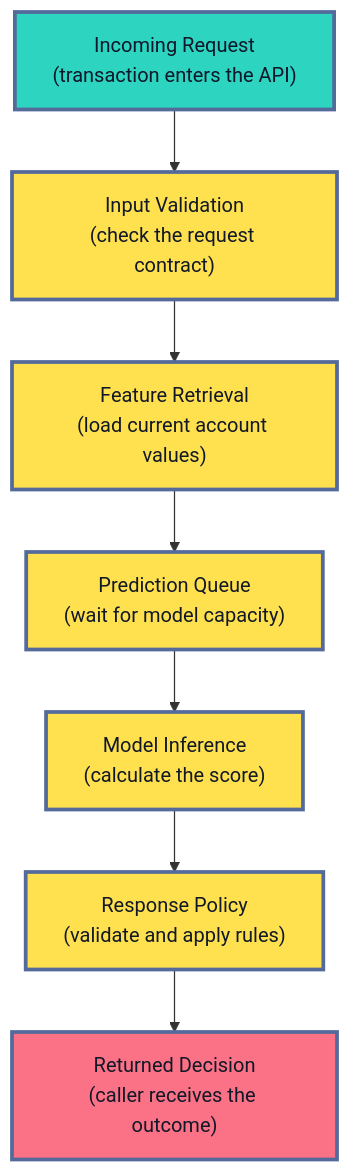
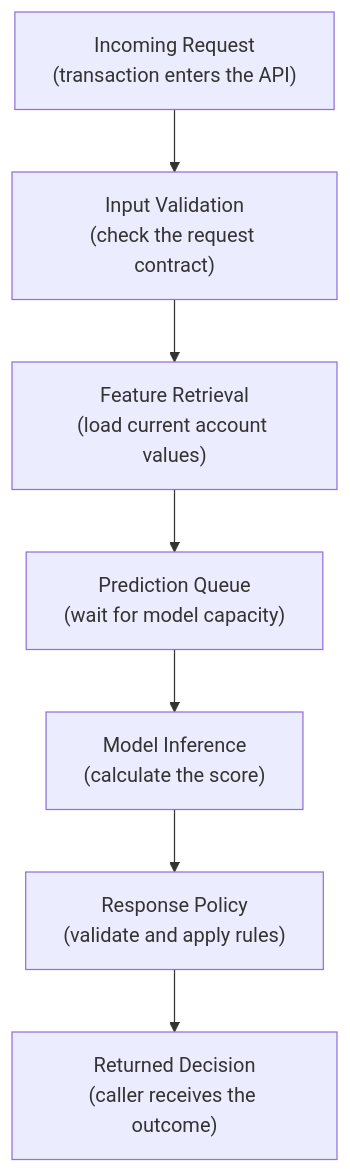
One commit to senlinyy/dev-roadmaps changed the first of 11 diagrams in roadmaps/mlops/modules/monitoring-and-feedback/system-observability/01-monitoring-latency-errors-resources.md. Above: the diagram before and after it, drawn with Mermaid. The commit also changed other lines of this file and 152 other files, not shown here.

Commit message:
feat: mlops and diagrams updated

````diff
--- a/roadmaps/mlops/modules/monitoring-and-feedback/system-observability/01-monitoring-latency-errors-resources.md
+++ b/roadmaps/mlops/modules/monitoring-and-feedback/system-observability/01-monitoring-latency-errors-resources.md
@@ -38,16 +38,13 @@
 ```mermaid
 flowchart TD
     A["Incoming Request<br/>(transaction enters the API)"] --> B["Input Validation<br/>(check the request contract)"]
     B --> C["Feature Retrieval<br/>(load current account values)"]
     C --> D["Prediction Queue<br/>(wait for model capacity)"]
     D --> E["Model Inference<br/>(calculate the score)"]
     E --> F["Response Policy<br/>(validate and apply rules)"]
     F --> G["Returned Decision<br/>(caller receives the outcome)"]
 
-    classDef request fill:#2DD4BF,stroke:#536A9A,stroke-width:3px,color:#0F172A
-    classDef stage fill:#FFE04F,stroke:#536A9A,stroke-width:3px,color:#111827
-    classDef outcome fill:#FB7185,stroke:#536A9A,stroke-width:3px,color:#111827
     class A request
     class B,C,D,E,F stage
     class G outcome
 ```
````
